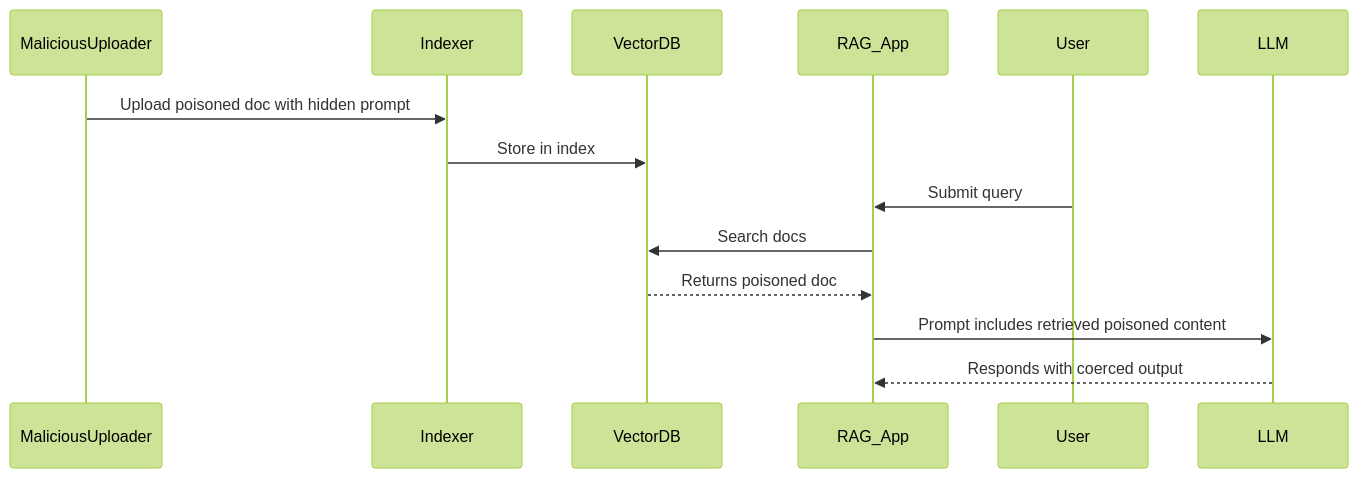
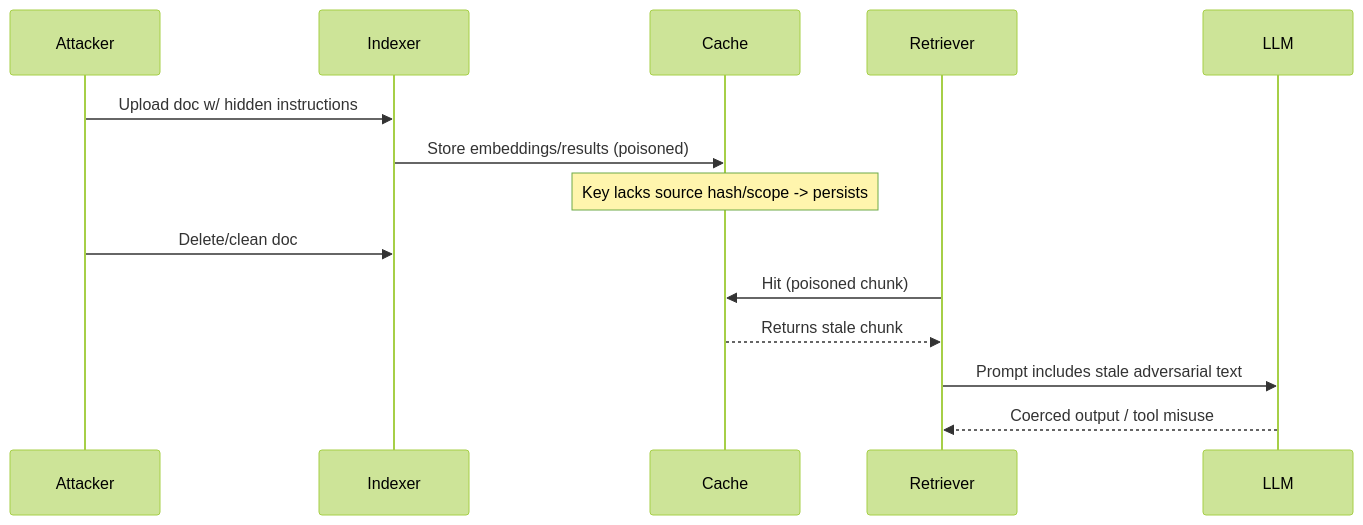
Before and after one commit to cablepull/cwe-rag-input-validation-test: the second of 3 diagrams in PROPOSEDCWE.md, drawn with Mermaid (forest theme). The commit also changed other lines of this file, not shown here.

````diff
--- a/PROPOSEDCWE.md
+++ b/PROPOSEDCWE.md
@@ -132,17 +170,16 @@
 ```mermaid
 sequenceDiagram
-    participant MaliciousUploader
+    participant Attacker
     participant Indexer
-    participant VectorDB
-    participant RAG_App
-    participant User
+    participant Cache
+    participant Retriever
     participant LLM
-
-    MaliciousUploader->>Indexer: Upload poisoned doc with hidden prompt
-    Indexer->>VectorDB: Store in index
-    User->>RAG_App: Submit query
-    RAG_App->>VectorDB: Search docs
-    VectorDB-->>RAG_App: Returns poisoned doc
-    RAG_App->>LLM: Prompt includes retrieved poisoned content
-    LLM-->>RAG_App: Responds with coerced output
+    Attacker->>Indexer: Upload doc w/ hidden instructions
+    Indexer->>Cache: Store embeddings/results (poisoned)
+    note over Cache: Key lacks source hash/scope -> persists
+    Attacker->>Indexer: Delete/clean doc
+    Retriever->>Cache: Hit (poisoned chunk)
+    Cache-->>Retriever: Returns stale chunk
+    Retriever->>LLM: Prompt includes stale adversarial text
+    LLM-->>Retriever: Coerced output / tool misuse
 ```
````
